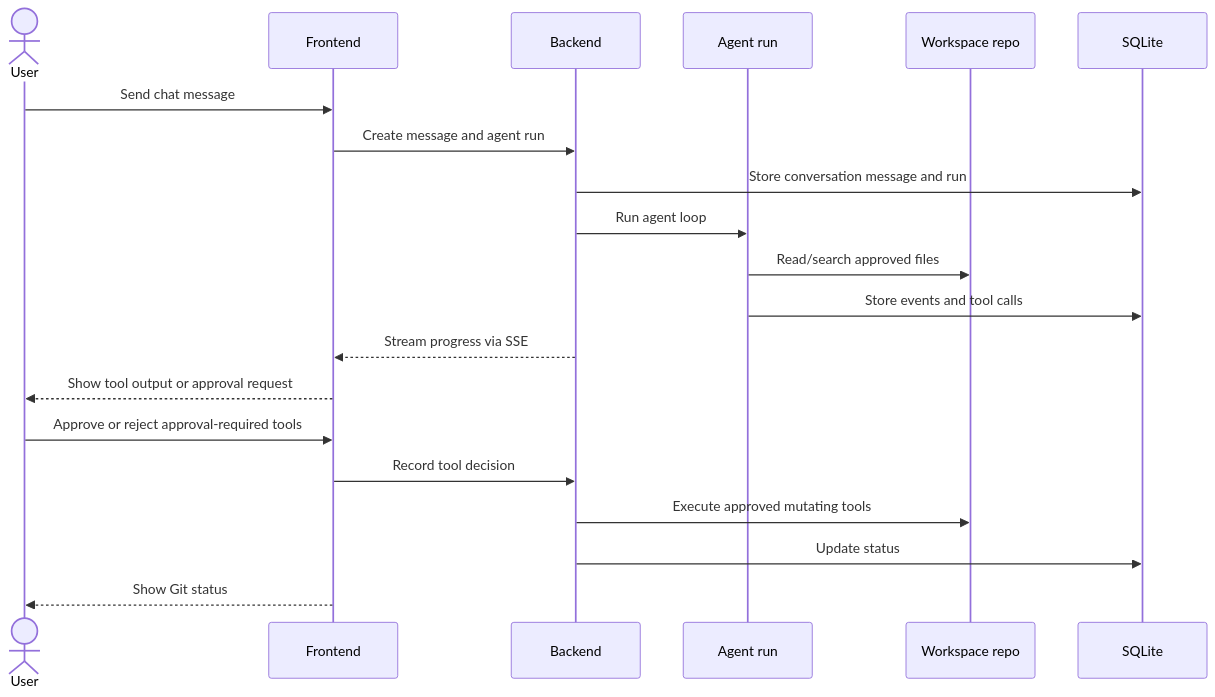
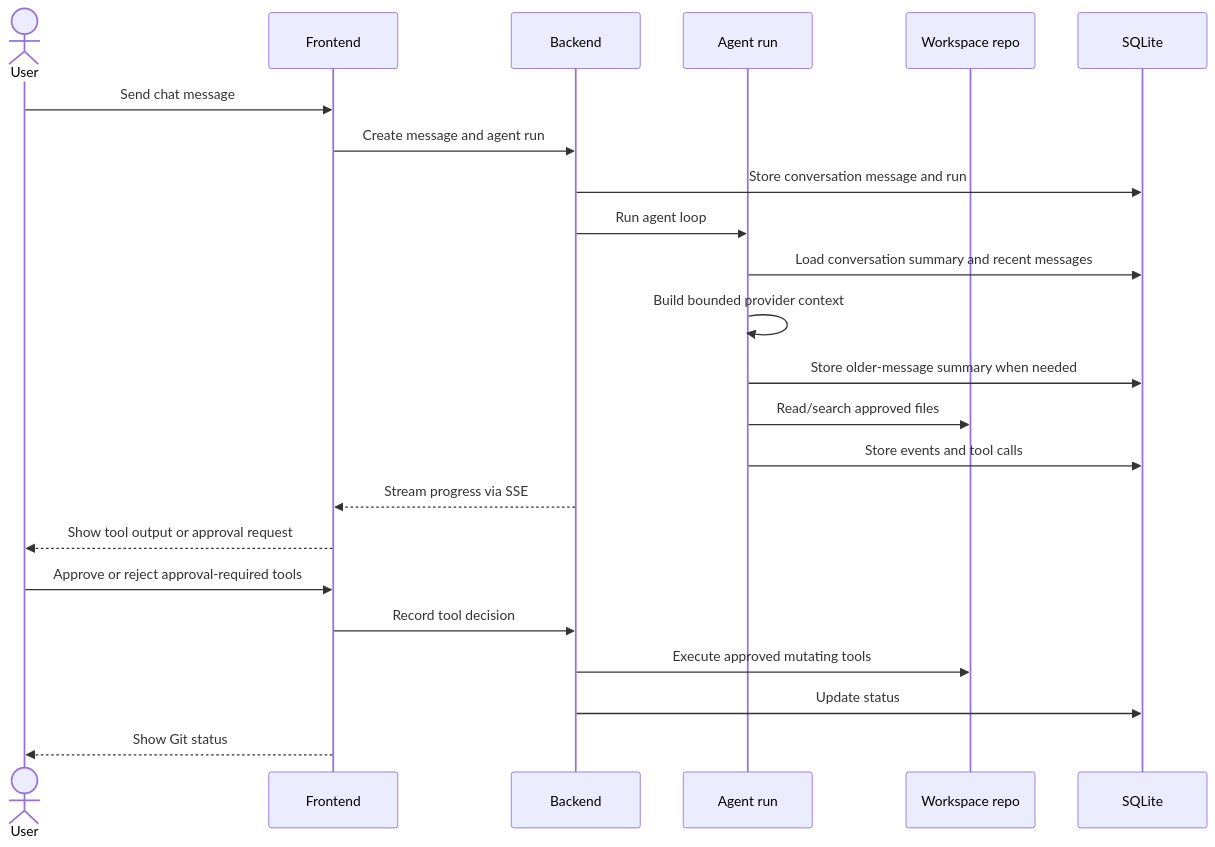
Before and after one commit to phamtanminhtien/patchpilot: the fifth of 5 diagrams in docs/app-architecture.md, drawn with Mermaid. The commit also changed other lines of this file and 12 other files, not shown here.

Commit message:
feat: implement conversation context summarization with sliding window message management and database tracking

````diff
--- a/docs/app-architecture.md
+++ b/docs/app-architecture.md
@@ -144,23 +144,26 @@
 ```mermaid
 sequenceDiagram
   actor User
   participant FE as Frontend
   participant BE as Backend
   participant Agent as Agent run
   participant Repo as Workspace repo
   participant DB as SQLite
 
   User->>FE: Send chat message
   FE->>BE: Create message and agent run
   BE->>DB: Store conversation message and run
   BE->>Agent: Run agent loop
+  Agent->>DB: Load conversation summary and recent messages
+  Agent->>Agent: Build bounded provider context
+  Agent->>DB: Store older-message summary when needed
   Agent->>Repo: Read/search approved files
   Agent->>DB: Store events and tool calls
   BE-->>FE: Stream progress via SSE
   FE-->>User: Show tool output or approval request
   User->>FE: Approve or reject approval-required tools
   FE->>BE: Record tool decision
   BE->>Repo: Execute approved mutating tools
   BE->>DB: Update status
   FE-->>User: Show Git status
 ```
````
